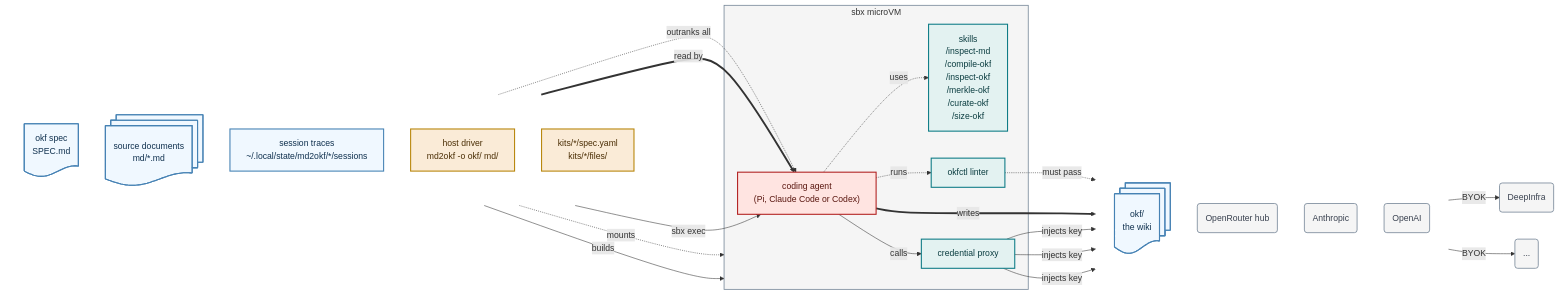
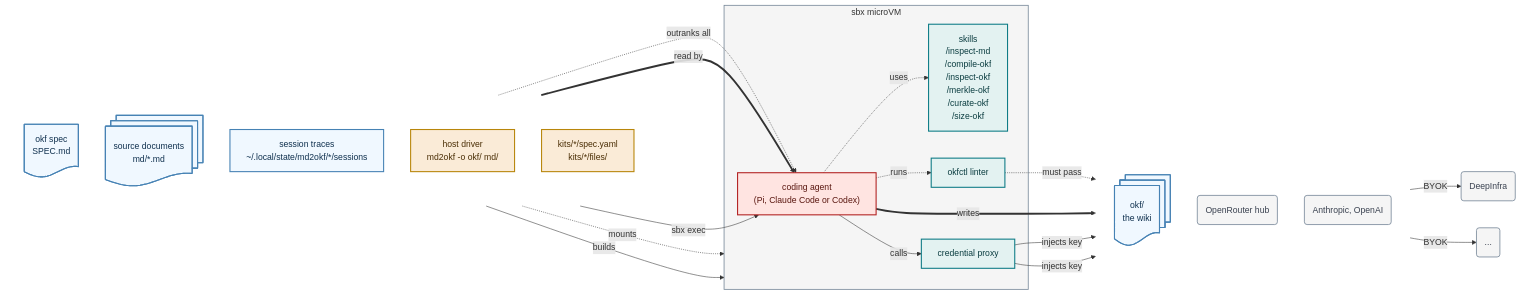
Before and after one commit to lars20070/md2okf: the diagram in README.md, drawn with Mermaid.

Commit message:
Combine Anthropic and OpenAI in one box

````diff
--- a/README.md
+++ b/README.md
@@ -25,58 +25,56 @@
 ```mermaid
 flowchart LR
   subgraph IN[" "]
     direction TB
     SPEC@{ shape: doc, label: "okf spec<br>SPEC.md"}
     MD@{ shape: docs, label: "source documents<br>md/*.md"}
     STATE["session traces<br/>~/.local/state/md2okf/*/sessions"]
     DRV["host driver<br>md2okf -o okf/ md/"]
     KIT["kits/*/spec.yaml<br/>kits/*/files/"]
   end
 
   subgraph VM["sbx microVM"]
     AGENT["coding agent<br/>(Pi, Claude Code or Codex)"]
     TOOLS["skills<br>/inspect-md<br/>/compile-okf<br/>/inspect-okf<br/>/merkle-okf<br/>/curate-okf<br/>/size-okf"]
     LINT["okfctl linter"]
     PROXY["credential proxy"]
   end
 
   subgraph OUT[" "]
     direction TB
     OKF@{ shape: docs, label: "okf/<br/>the wiki"}
     NET("OpenRouter hub")
-    ANTHROPIC("Anthropic")
-    OPENAI("OpenAI")
+    NET3("Anthropic, OpenAI")
   end
   NET1("DeepInfra")
   NET2("...")
 
   SPEC -.->|"outranks all"| AGENT
   MD ==>|"read by"| AGENT
   STATE -.->|"mounts"| VM
   STATE ~~~ AGENT
   DRV -->|"sbx exec"| AGENT
   KIT -->|"builds"| VM
   AGENT -.->|"uses"| TOOLS
   AGENT -.->|"runs"| LINT
   LINT -.->|"must pass"| OKF
   AGENT ==>|"writes"| OKF
   AGENT -->|"calls"| PROXY
   PROXY -->|"injects key"| NET
-  PROXY -->|"injects key"| ANTHROPIC
-  PROXY -->|"injects key"| OPENAI
+  PROXY -->|"injects key"| NET3
   NET -->|"BYOK"| NET1 & NET2
 
   classDef data    fill:aliceblue,stroke:steelblue,stroke-width:2px,color:#10314F
   classDef host    fill:antiquewhite,stroke:darkgoldenrod,stroke-width:2px,color:#4A2E05
   classDef helper  fill:#E3F2F1,stroke:#0E7C86,stroke-width:2px,color:#0B3D40
   classDef agent   fill:mistyrose,stroke:firebrick,stroke-width:2px,color:#5A1710
   classDef ext     fill:whitesmoke,stroke:lightslategray,stroke-width:1.5px,color:#3A4250
   class MD,SPEC,STATE,OKF data
   class KIT,DRV host
   class TOOLS,LINT,PROXY helper
   class AGENT agent
-  class NET,ANTHROPIC,OPENAI,NET1,NET2 ext
+  class NET,NET3,NET1,NET2 ext
   style VM fill:whitesmoke,stroke:lightslategray,stroke-width:1.5px
   style IN fill:none,stroke:none
   style OUT fill:none,stroke:none
 ```
````
